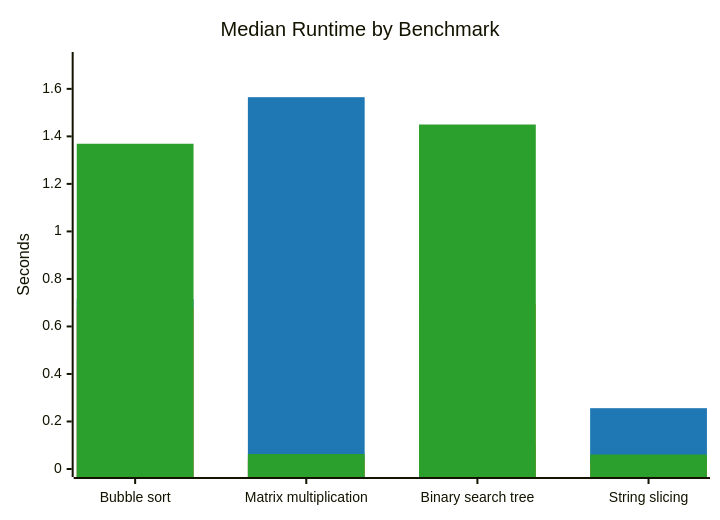
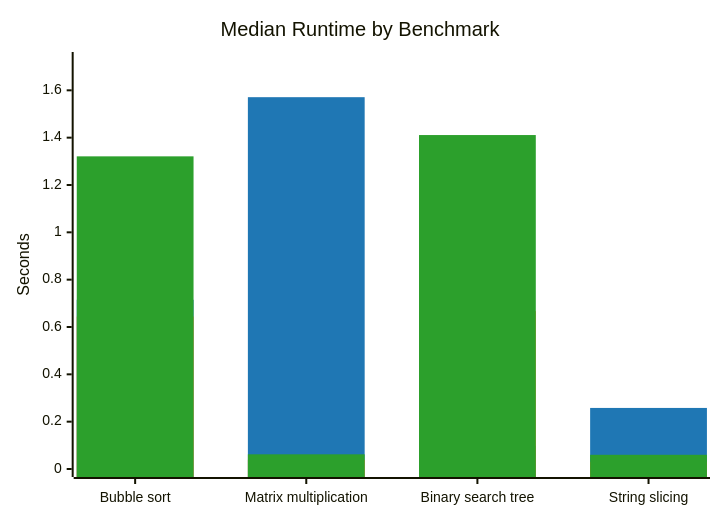
Before and after one commit to GiavaScript/GiavaScript: the diagram in README.md, drawn with Mermaid. The commit also changed 2 other files, not shown here.

Commit message:
chore: update benchmark results

````diff
--- a/README.md
+++ b/README.md
@@ -77,15 +77,15 @@
 ```mermaid
 ---
 config:
   themeVariables:
     xyChart:
       plotColorPalette: "#1f77b4, #ff7f0e, #2ca02c"
 ---
 xychart-beta
     title "Median Runtime by Benchmark"
     x-axis ["Bubble sort", "Matrix multiplication", "Binary search tree", "String slicing"]
-    y-axis "Seconds" 0 --> 1.7215
-    bar [0.715, 1.565, 0.099, 0.256]
-    bar [0.674, 0.042, 0.695, 0.032]
-    bar [1.369, 0.063, 1.45, 0.061]
+    y-axis "Seconds" 0 --> 1.7281
+    bar [0.715, 1.571, 0.098, 0.258]
+    bar [0.644, 0.039, 0.667, 0.03]
+    bar [1.321, 0.062, 1.411, 0.06]
 ```
````
